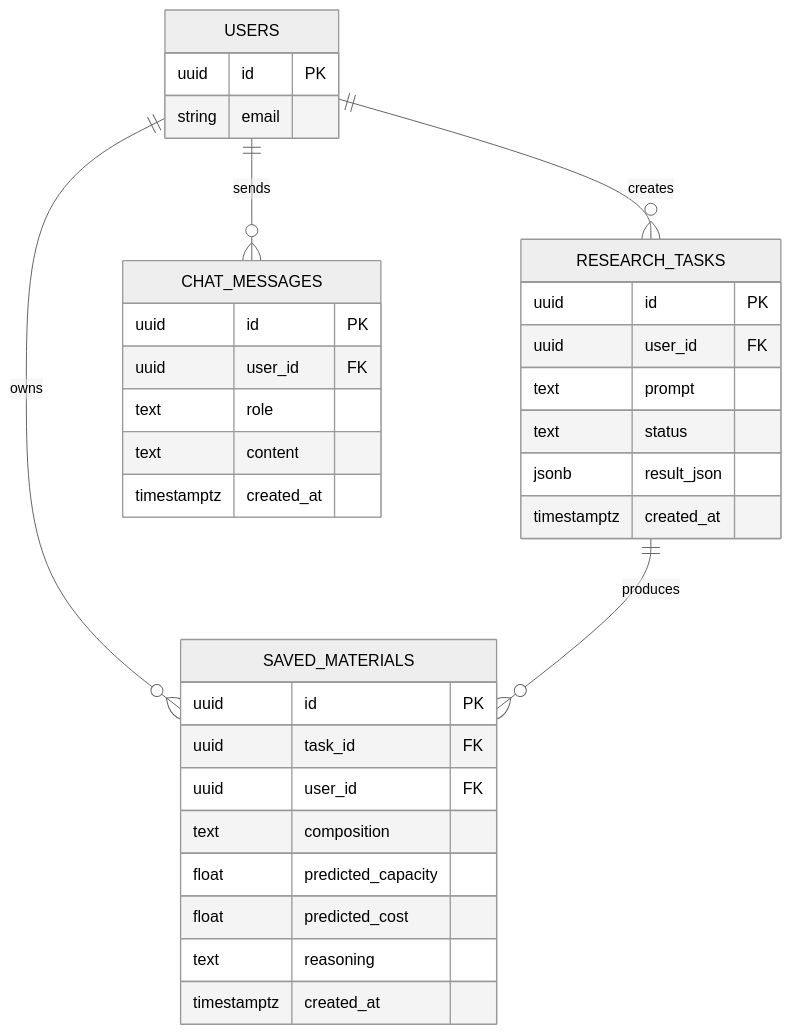
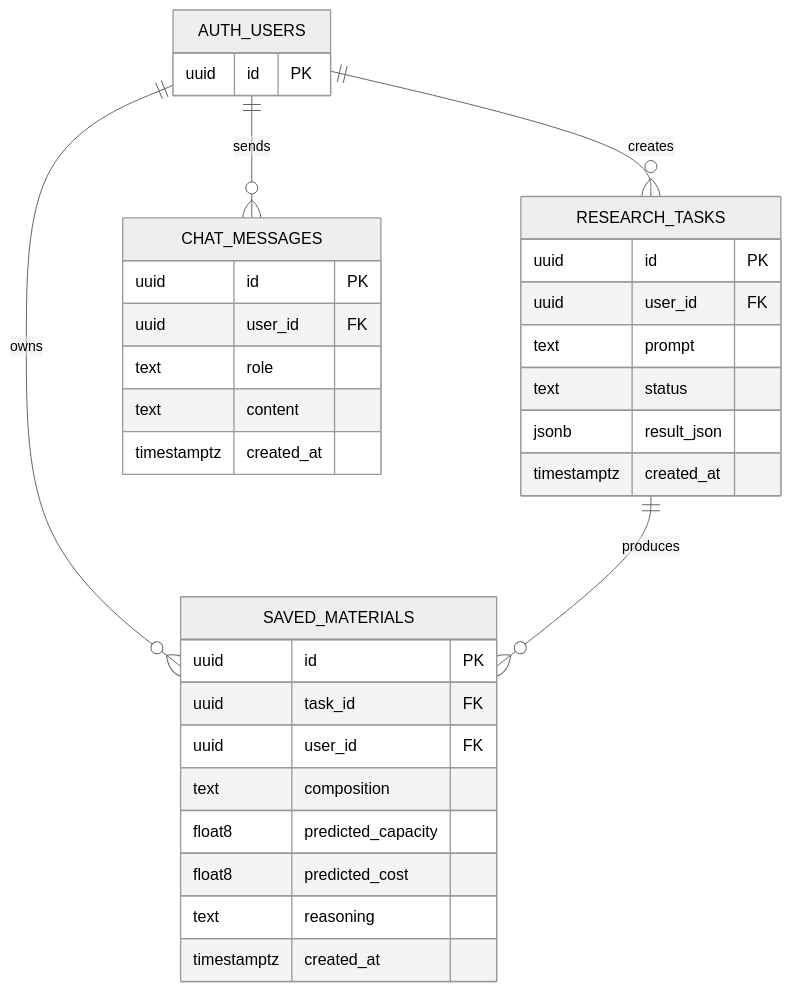
Before and after one commit to Rahul-8283/AURA_Data_Driven: diagram 12 of 18 in README.md, drawn with Mermaid (neutral theme). The commit also changed other lines of this file, not shown here.

````diff
--- a/README.md
+++ b/README.md
@@ -525,37 +510,36 @@
 ```mermaid
 erDiagram
-    USERS ||--o{ RESEARCH_TASKS : creates
-    USERS ||--o{ SAVED_MATERIALS : owns
-    USERS ||--o{ CHAT_MESSAGES : sends
+    AUTH_USERS ||--o{ RESEARCH_TASKS : creates
+    AUTH_USERS ||--o{ SAVED_MATERIALS : owns
+    AUTH_USERS ||--o{ CHAT_MESSAGES : sends
     RESEARCH_TASKS ||--o{ SAVED_MATERIALS : produces
 
-    USERS {
+    AUTH_USERS {
         uuid id PK
-        string email
     }
     RESEARCH_TASKS {
         uuid id PK
         uuid user_id FK
         text prompt
         text status
         jsonb result_json
         timestamptz created_at
     }
     SAVED_MATERIALS {
         uuid id PK
         uuid task_id FK
         uuid user_id FK
         text composition
-        float predicted_capacity
-        float predicted_cost
+        float8 predicted_capacity
+        float8 predicted_cost
         text reasoning
         timestamptz created_at
     }
     CHAT_MESSAGES {
         uuid id PK
         uuid user_id FK
         text role
         text content
         timestamptz created_at
     }
 ```
````
